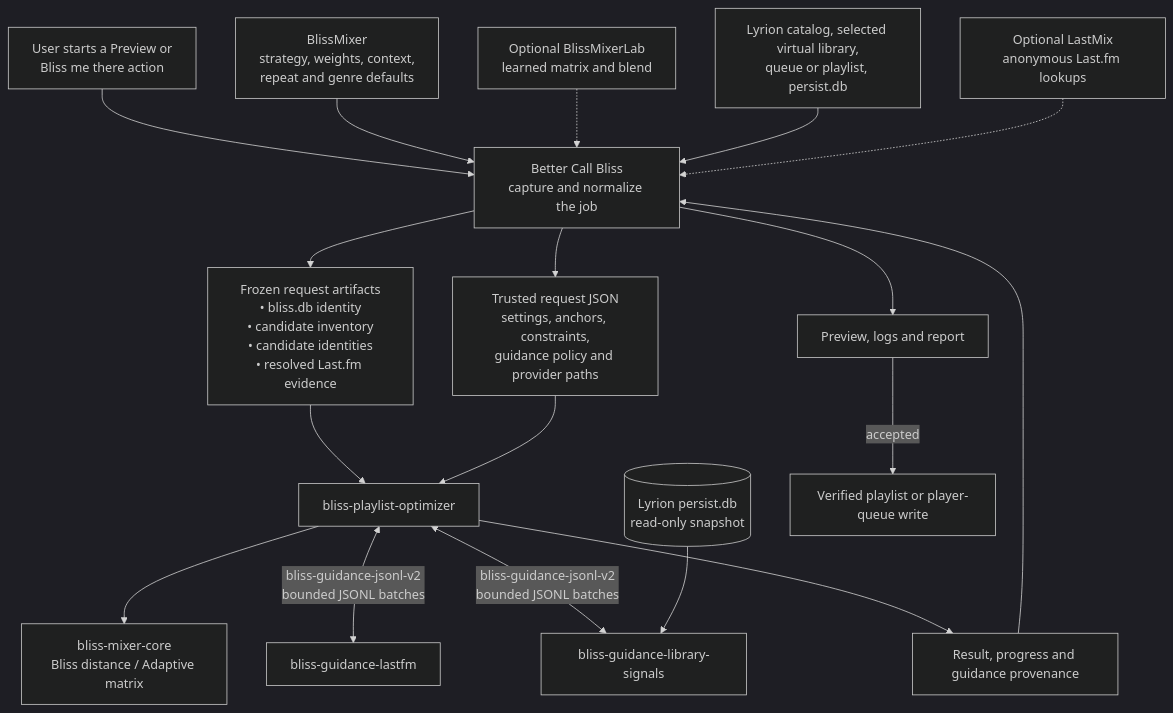
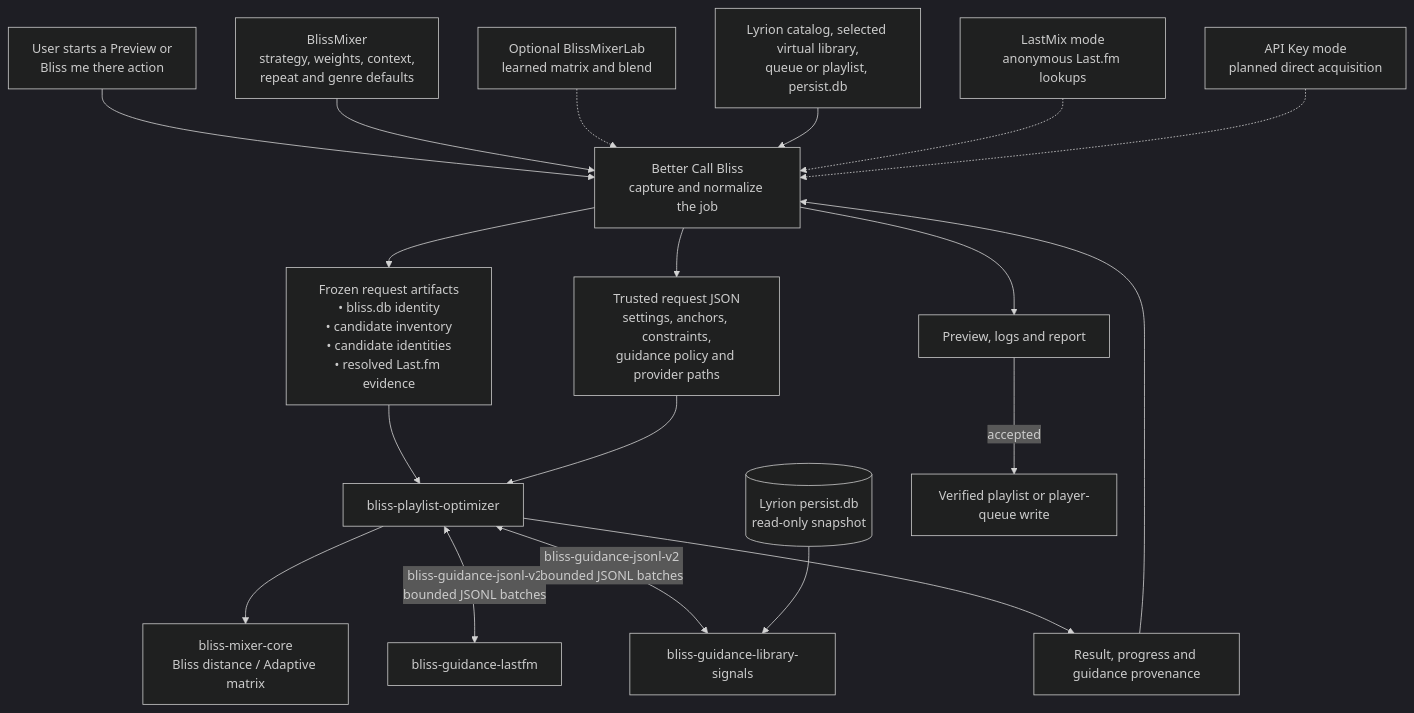
One commit to chrober/lms-better-call-bliss changed the first of 6 diagrams in docs/GUIDANCE_DATA_FLOW.md. Above: the diagram before and after it, drawn with Mermaid (dark theme). The commit also changed other lines of this file and 7 other files, not shown here.

````diff
--- a/docs/GUIDANCE_DATA_FLOW.md
+++ b/docs/GUIDANCE_DATA_FLOW.md
@@ -27,23 +28,24 @@
 ```mermaid
 flowchart TB
     U["User starts a Preview or<br/>Bliss me there action"] --> B
     BM["BlissMixer<br/>strategy, weights, context,<br/>repeat and genre defaults"] --> B["Better Call Bliss<br/>capture and normalize the job"]
     LAB["Optional BlissMixerLab<br/>learned matrix and blend"] -.-> B
     LMS["Lyrion catalog, selected virtual library,<br/>queue or playlist, persist.db"] --> B
-    LM["Optional LastMix<br/>anonymous Last.fm lookups"] -.-> B
+    LM["LastMix mode<br/>anonymous Last.fm lookups"] -.-> B
+    AK["API Key mode<br/>planned direct acquisition"] -.-> B
 
     B --> I["Frozen request artifacts<br/>• bliss.db identity<br/>• candidate inventory<br/>• candidate identities<br/>• resolved Last.fm evidence"]
     B --> R["Trusted request JSON<br/>settings, anchors, constraints,<br/>guidance policy and provider paths"]
     I --> O["bliss-playlist-optimizer"]
     R --> O
 
     O --> C["bliss-mixer-core<br/>Bliss distance / Adaptive matrix"]
     O <-->|"bliss-guidance-jsonl-v2<br/>bounded JSONL batches"| L["bliss-guidance-lastfm"]
     O <-->|"bliss-guidance-jsonl-v2<br/>bounded JSONL batches"| P["bliss-guidance-library-signals"]
     DB[("Lyrion persist.db<br/>read-only snapshot")] --> P
 
     O --> A["Result, progress and guidance provenance"]
     A --> B
     B --> V["Preview, logs and report"]
     V -->|"accepted"| W["Verified playlist or player-queue write"]
 ```
````
